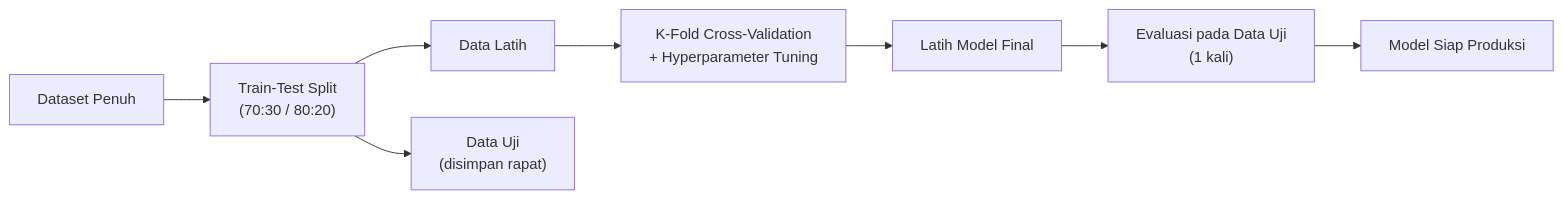
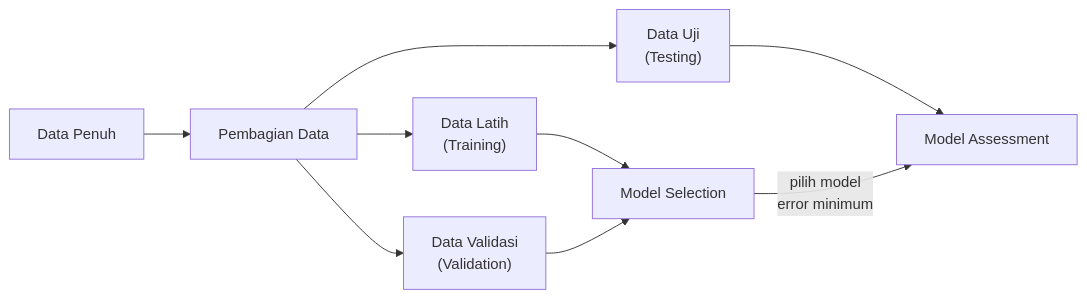
One commit to mahendartea/Learn-AI changed the second of 4 diagrams in content/docs/pertemuan-11.mdx. Above: the diagram before and after it, drawn with Mermaid. The commit also changed other lines of this file, not shown here.

````diff
--- a/content/docs/pertemuan-11.mdx
+++ b/content/docs/pertemuan-11.mdx
@@ -39,10 +61,8 @@
 ```mermaid
 flowchart LR
-    D["Dataset Penuh"] --> Split["Train-Test Split\n(70:30 / 80:20)"]
-    Split --> Train["Data Latih"]
-    Split --> Test["Data Uji\n(disimpan rapat)"]
-    Train --> CV["K-Fold Cross-Validation\n+ Hyperparameter Tuning"]
-    CV --> Fit["Latih Model Final"]
-    Fit --> Eval["Evaluasi pada Data Uji\n(1 kali)"]
-    Eval --> Deploy["Model Siap Produksi"]
+    D["Data Penuh"] --> Split["Pembagian Data"]
+    Split --> TR["Data Latih\n(Training)"] --> MS["Model Selection"]
+    Split --> VAL["Data Validasi\n(Validation)"] --> MS
+    Split --> TE["Data Uji\n(Testing)"] --> MA["Model Assessment"]
+    MS -->|"pilih model\nerror minimum"| MA
 ```
````
